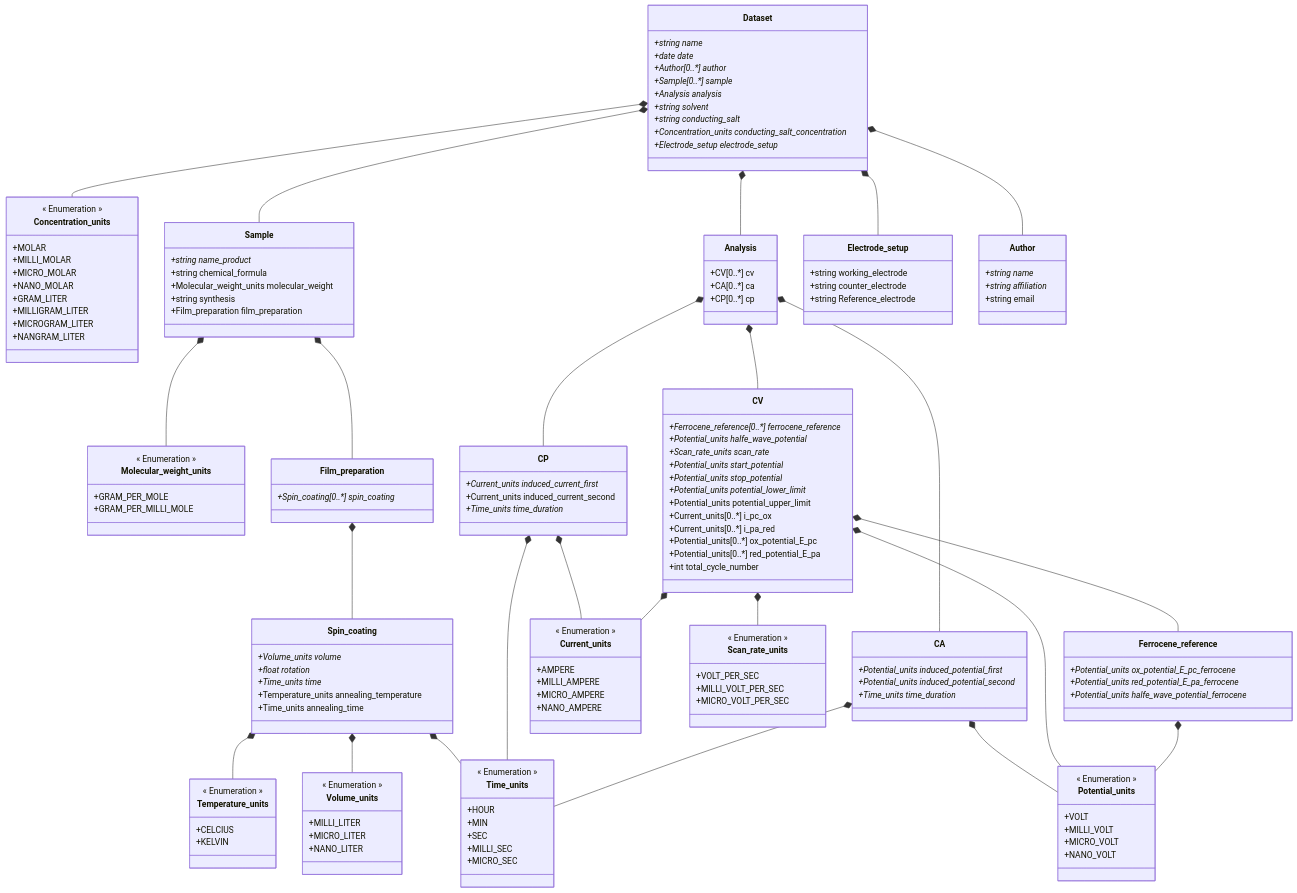
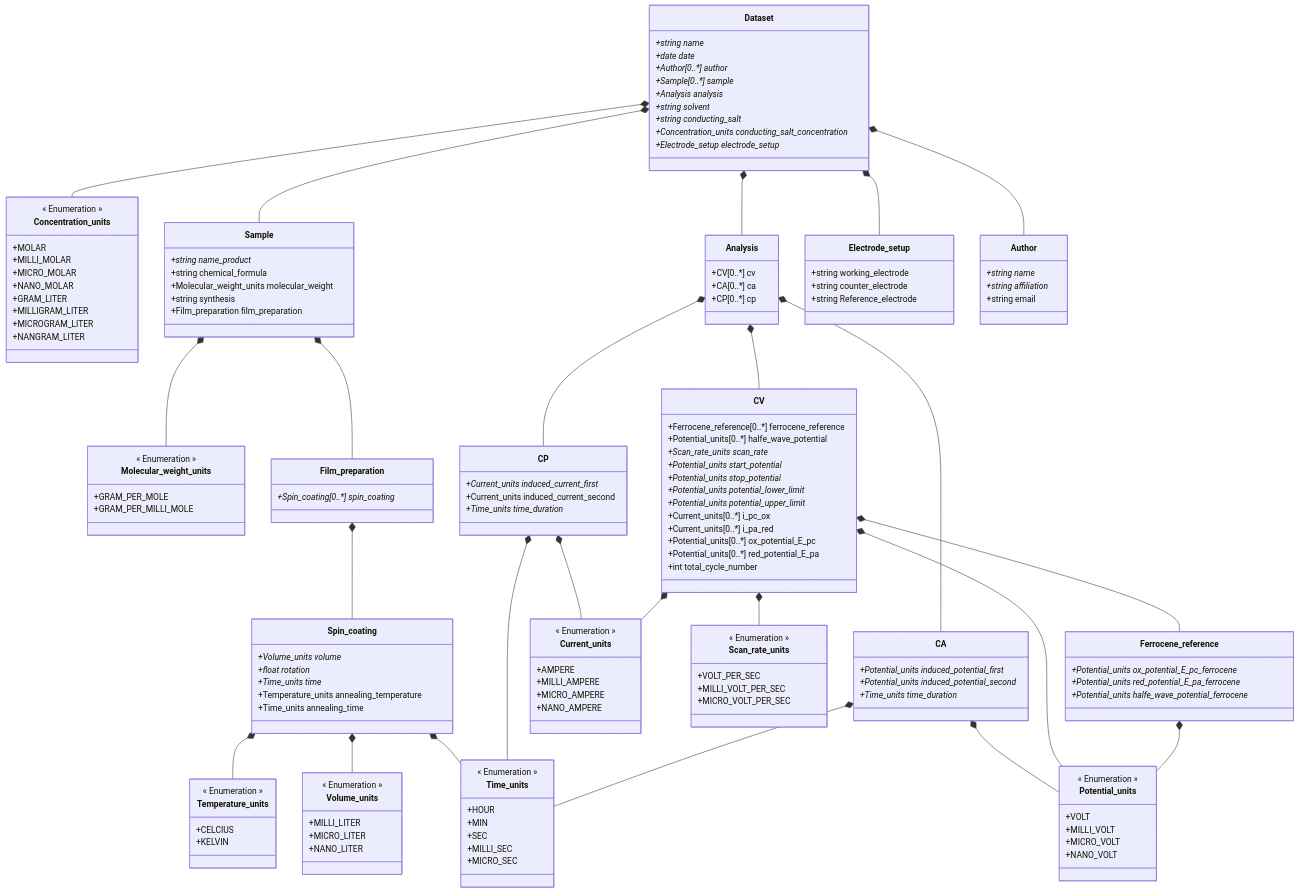
One commit to FAIRChemistry/datamodel-electrochemistry changed the diagram in ElectrochemistryDataModel/schemes/electrochemistrydatamodel_schema.md. Above: the diagram before and after it, drawn with Mermaid. The commit also changed 12 other files, not shown here.

```diff
--- a/ElectrochemistryDataModel/schemes/electrochemistrydatamodel_schema.md
+++ b/ElectrochemistryDataModel/schemes/electrochemistrydatamodel_schema.md
@@ -75,13 +75,13 @@
     }
     
     class CV {
-        +Ferrocene_reference[0..*] ferrocene_reference*
-        +Potential_units halfe_wave_potential*
+        +Ferrocene_reference[0..*] ferrocene_reference
+        +Potential_units[0..*] halfe_wave_potential
         +Scan_rate_units scan_rate*
         +Potential_units start_potential*
         +Potential_units stop_potential*
         +Potential_units potential_lower_limit*
-        +Potential_units potential_upper_limit
+        +Potential_units potential_upper_limit*
         +Current_units[0..*] i_pc_ox
         +Current_units[0..*] i_pa_red
         +Potential_units[0..*] ox_potential_E_pc
```
